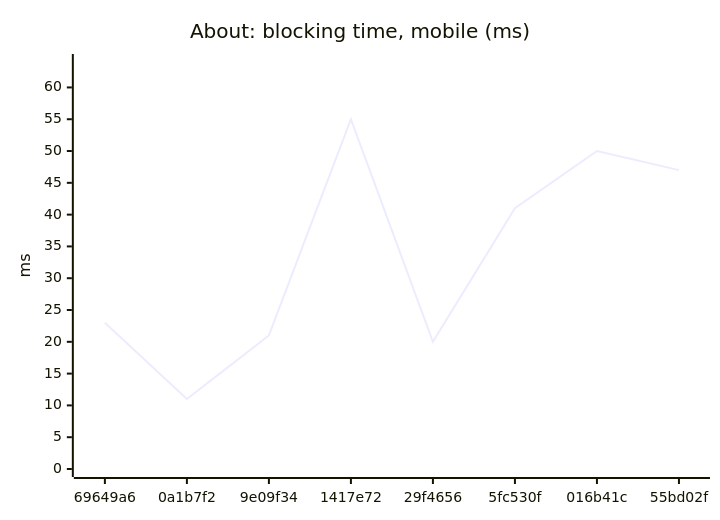
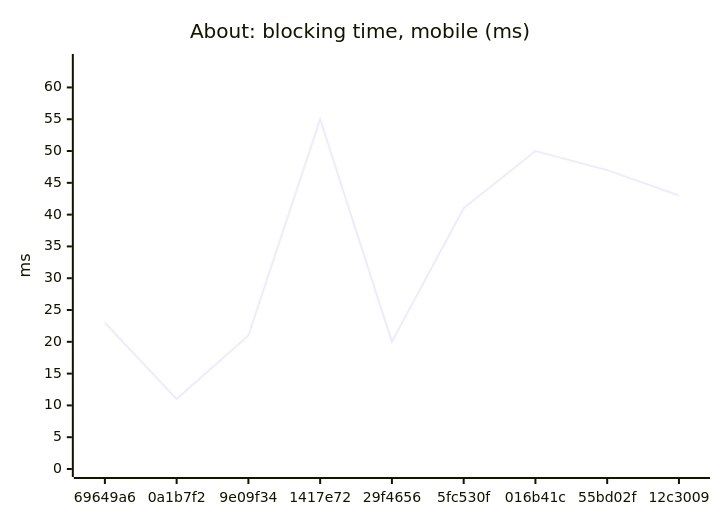
Before and after one commit to AxelUser/maltsev.space: the sixth of 18 diagrams in README.md, drawn with Mermaid. The commit also changed other lines of this file and 1 other file, not shown here.

````diff
--- a/README.md
+++ b/README.md
@@ -79,7 +79,7 @@
 ```mermaid
 xychart-beta
   title "About: blocking time, mobile (ms)"
-  x-axis ["69649a6", "0a1b7f2", "9e09f34", "1417e72", "29f4656", "5fc530f", "016b41c", "55bd02f"]
+  x-axis ["69649a6", "0a1b7f2", "9e09f34", "1417e72", "29f4656", "5fc530f", "016b41c", "55bd02f", "12c3009"]
   y-axis "ms" 0 --> 64
-  line [23, 11, 21, 55, 20, 41, 50, 47]
+  line [23, 11, 21, 55, 20, 41, 50, 47, 43]
 ```
````
